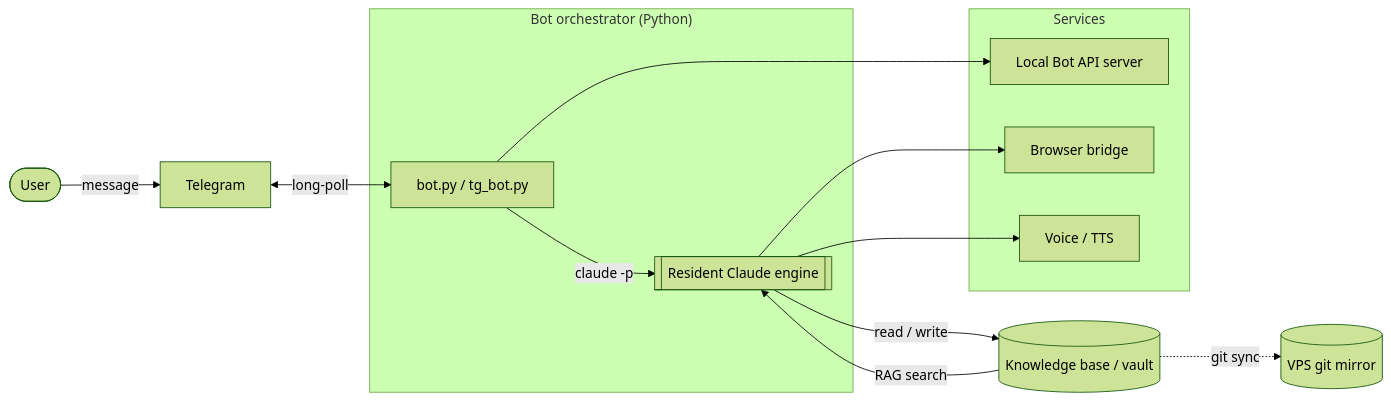
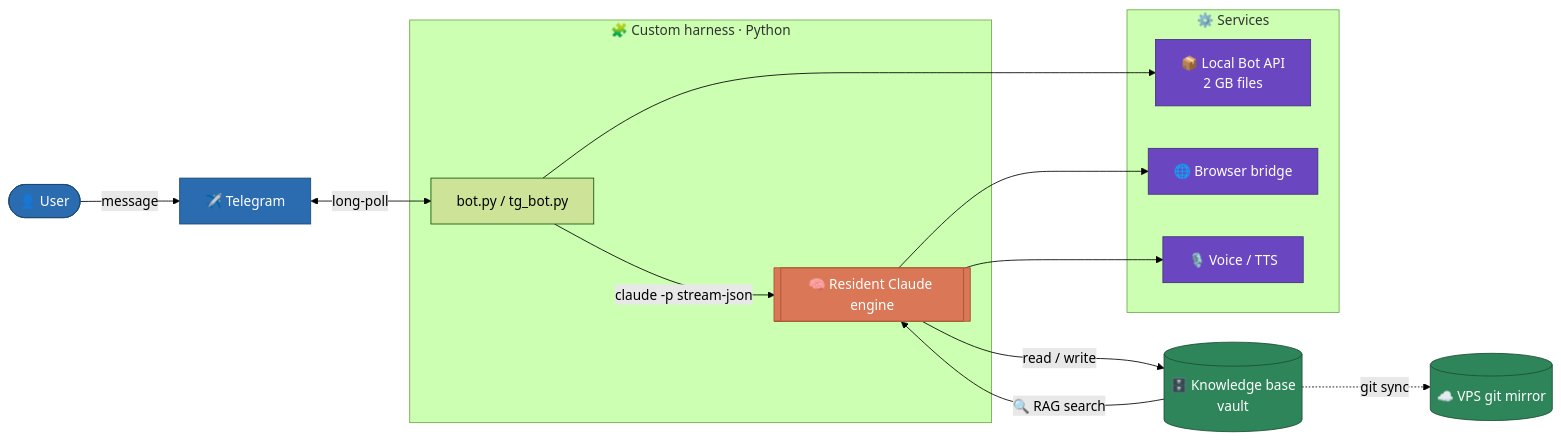
One commit to pogodinalexeev-web/claude-telegram-orchestrator changed the diagram in README.md. Above: the diagram before and after it, drawn with Mermaid (forest theme). The commit also changed other lines of this file and 1 other file, not shown here.

Commit message:
Polish: 'custom harness' framing + styled, color-coded Mermaid diagram

````diff
--- a/README.md
+++ b/README.md
@@ -34,23 +34,32 @@
 ```mermaid
 flowchart LR
-    User([User]) -->|message| TG[Telegram]
+    User([👤 User]) -->|message| TG[✈️ Telegram]
     TG <-->|long-poll| Bot
 
-    subgraph Orchestrator["Bot orchestrator (Python)"]
-        Bot[bot.py / tg_bot.py] -->|claude -p| Engine[[Resident Claude engine]]
+    subgraph Harness["🧩 Custom harness · Python"]
+        Bot["bot.py / tg_bot.py"] -->|claude -p stream-json| Engine[["🧠 Resident Claude engine"]]
     end
 
-    Engine -->|read / write| Vault[(Knowledge base / vault)]
-    Vault -->|RAG search| Engine
-    Vault -.->|git sync| Remote[(VPS git mirror)]
+    Engine -->|read / write| Vault[("🗄️ Knowledge base<br/>vault")]
+    Vault -->|🔍 RAG search| Engine
+    Vault -.->|git sync| Remote[("☁️ VPS git mirror")]
 
-    subgraph Services["Services"]
-        BotAPI[Local Bot API server]
-        Browser[Browser bridge]
-        Voice[Voice / TTS]
+    subgraph Services["⚙️ Services"]
+        BotAPI["📦 Local Bot API<br/>2 GB files"]
+        Browser["🌐 Browser bridge"]
+        Voice["🎙️ Voice / TTS"]
     end
 
     Bot --> BotAPI
     Engine --> Browser
     Engine --> Voice
+
+    classDef actor fill:#2b6cb0,color:#fff,stroke:#1a4971,stroke-width:1px;
+    classDef engine fill:#D97757,color:#fff,stroke:#a8542f,stroke-width:1px;
+    classDef store fill:#2f855a,color:#fff,stroke:#1c4d36,stroke-width:1px;
+    classDef svc fill:#6b46c1,color:#fff,stroke:#44307d,stroke-width:1px;
+    class User,TG actor;
+    class Engine engine;
+    class Vault,Remote store;
+    class BotAPI,Browser,Voice svc;
 ```
````
